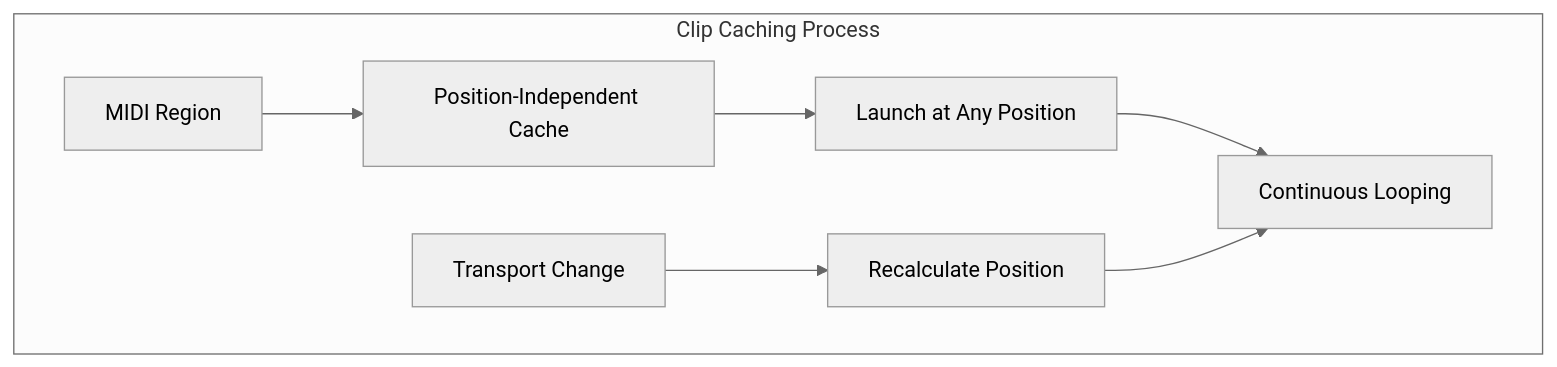
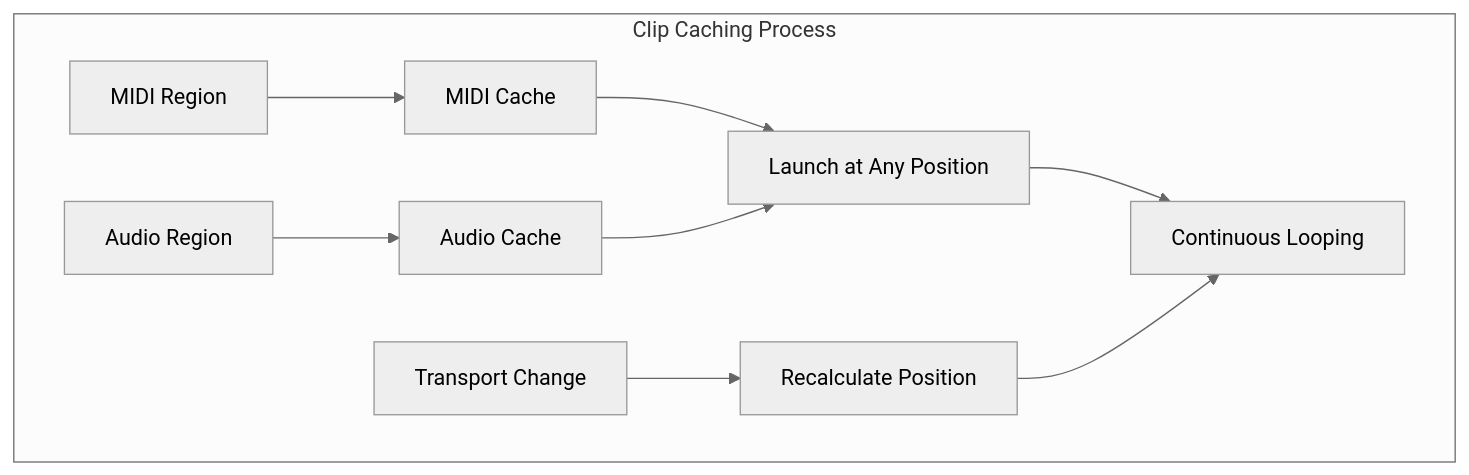
Before and after one commit to zrythm/zrythm: diagram 12 of 17 in doc/dev/scenes_architecture.md, drawn with Mermaid (neutral theme). The commit also changed other lines of this file and 38 other files, not shown here.

First line of the commit message:
TrackProcessor: add audio timeline/clip launcher providers

````diff
--- a/doc/dev/scenes_architecture.md
+++ b/doc/dev/scenes_architecture.md
@@ -249,10 +251,12 @@
 ```mermaid
 graph TB
     subgraph "Clip Caching Process"
-        Region[MIDI Region] --> Cache[Position-Independent Cache]
-        Cache --> Launch[Launch at Any Position]
+        MidiRegion[MIDI Region] --> MidiCache[MIDI Cache]
+        AudioRegion[Audio Region] --> AudioCache[Audio Cache]
+        MidiCache --> Launch[Launch at Any Position]
+        AudioCache --> Launch
         Launch --> Loop[Continuous Looping]
         Transport[Transport Change] --> Recalc[Recalculate Position]
         Recalc --> Loop
     end
 ```
````
